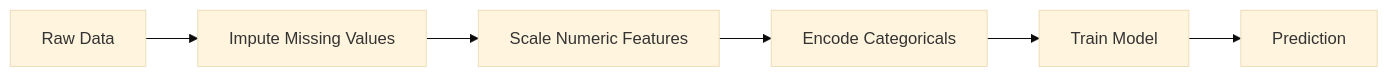
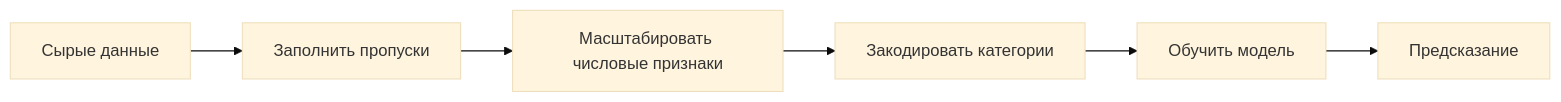
The first of 2 diagrams in phases/02-ml-fundamentals/13-ml-pipelines/docs/ru.md (stabuev/ai-engineering-from-scratch), drawn with Mermaid (base theme) before and after one commit. The commit also changed other lines of this file and 22 other files, not shown here.

````diff
--- a/phases/02-ml-fundamentals/13-ml-pipelines/docs/ru.md
+++ b/phases/02-ml-fundamentals/13-ml-pipelines/docs/ru.md
@@ -31,8 +31,8 @@
 ```mermaid
 flowchart LR
-    A[Raw Data] --> B[Impute Missing Values]
-    B --> C[Scale Numeric Features]
-    C --> D[Encode Categoricals]
-    D --> E[Train Model]
-    E --> F[Prediction]
+    A[Сырые данные] --> B[Заполнить пропуски]
+    B --> C[Масштабировать числовые признаки]
+    C --> D[Закодировать категории]
+    D --> E[Обучить модель]
+    E --> F[Предсказание]
 ```
````
